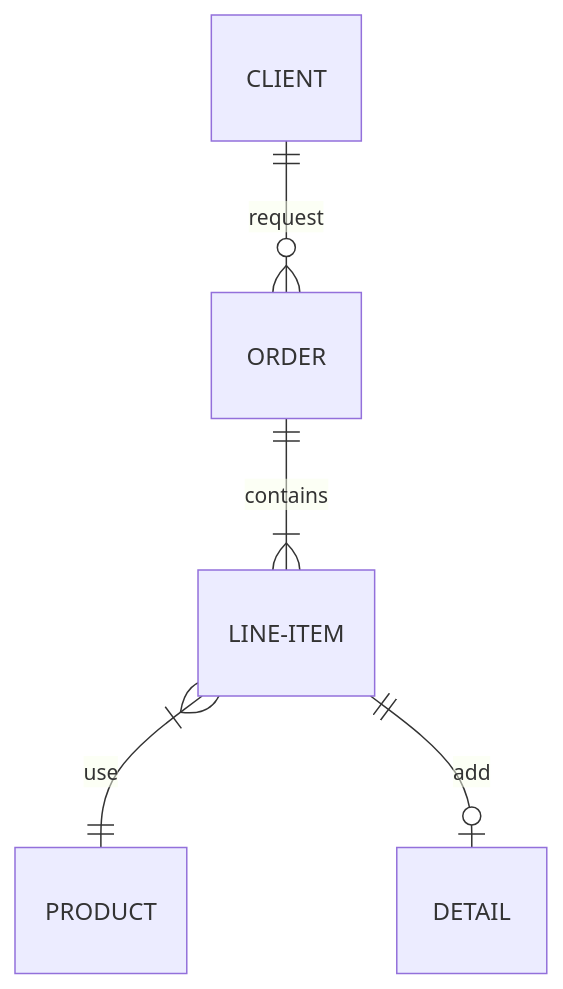
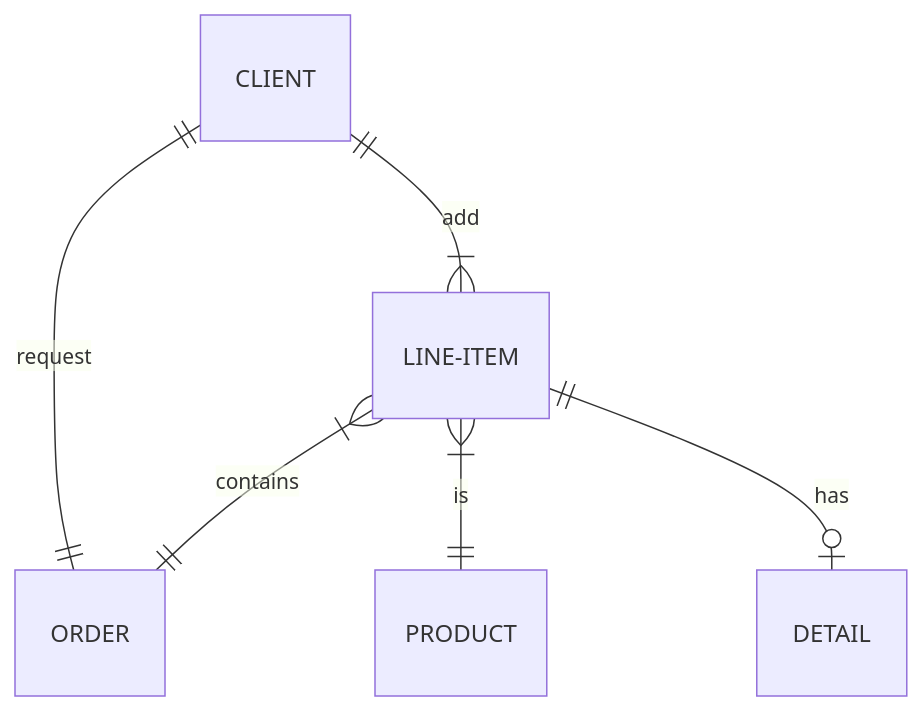
The third of 4 diagrams in README.md (LocoUnPocoNadaMas/barcito), drawn with Mermaid before and after one commit. The commit also changed other lines of this file and 11 other files, not shown here.

````diff
--- a/README.md
+++ b/README.md
@@ -45,7 +45,8 @@
 ```mermaid
 erDiagram
-CLIENT ||--o{ ORDER : request
-ORDER ||--|{ LINE-ITEM : contains
-LINE-ITEM }|--|| PRODUCT : use
-LINE-ITEM ||--O| DETAIL : add
+CLIENT ||--|| ORDER : request
+CLIENT ||--|{ LINE-ITEM : add
+LINE-ITEM }|--|| ORDER : contains
+LINE-ITEM }|--|| PRODUCT : is
+LINE-ITEM ||--O| DETAIL : has
 ```
````
